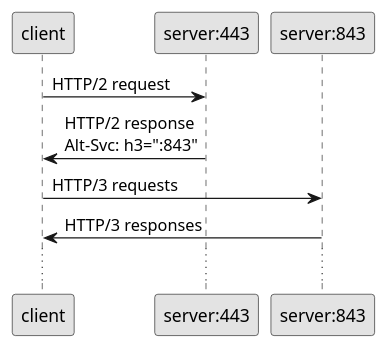
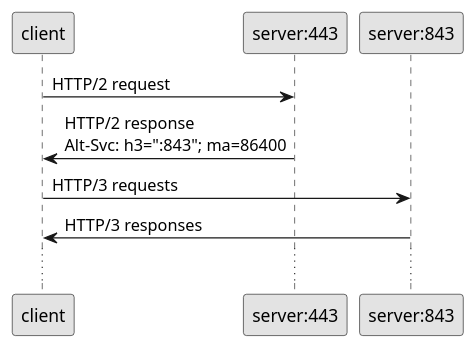
The third of 3 diagrams in documentation/jetty/modules/programming-guide/pages/server/http.adoc (jetty/jetty.project), drawn with PlantUML before and after one commit. The commit also changed other lines of this file and 1 other file, not shown here.

```diff
--- a/documentation/jetty/modules/programming-guide/pages/server/http.adoc
+++ b/documentation/jetty/modules/programming-guide/pages/server/http.adoc
@@ -544,16 +546,16 @@
 [plantuml]
 ----
 skinparam backgroundColor transparent
 skinparam monochrome true
 skinparam shadowing false
 
 participant client
 participant "server:443" as h2server
 participant "server:843" as h3server
 
 client -> h2server : HTTP/2 request
-h2server -> client : HTTP/2 response\nAlt-Svc: h3=":843"
+h2server -> client : HTTP/2 response\nAlt-Svc: h3=":843"; ma=86400
 client -> h3server : HTTP/3 requests
 h3server -> client : HTTP/3 responses
 ...
 ----
```
